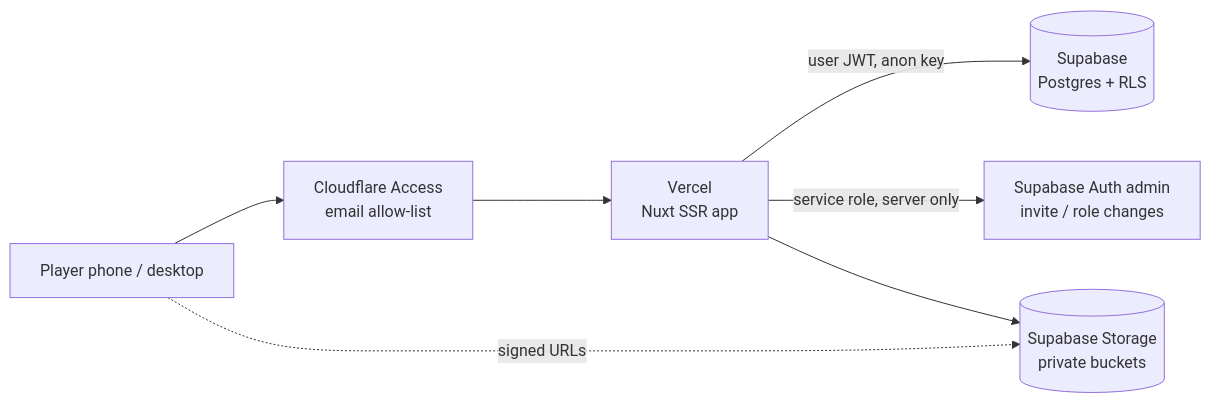
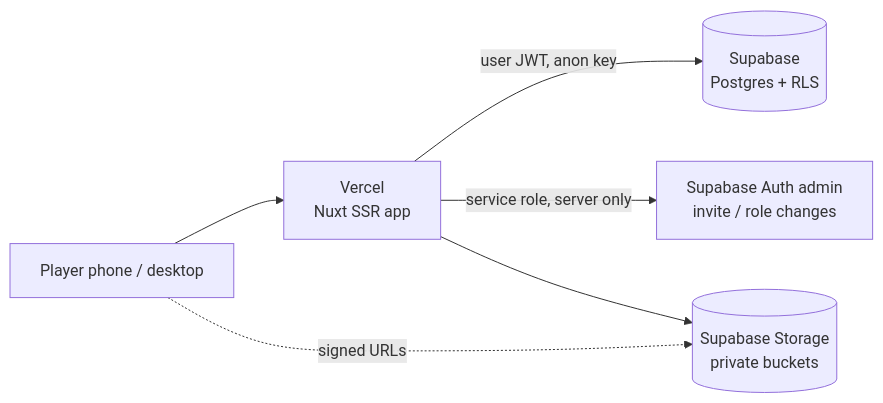
One commit to caspel26/rall-venezia-fc changed the diagram in docs/ARCHITECTURE.md. Above: the diagram before and after it, drawn with Mermaid. The commit also changed other lines of this file and 18 other files, not shown here.

Commit message:
feat: Stage 1 bootstrap (Nuxt 4, tokens, fonts, Playwright smoke); drop Cloudflare from plan

````diff
--- a/docs/ARCHITECTURE.md
+++ b/docs/ARCHITECTURE.md
@@ -5,9 +5,8 @@
 ```mermaid
 flowchart LR
-  U[Player phone / desktop] --> CF[Cloudflare Access<br/>email allow-list]
-  CF --> V[Vercel<br/>Nuxt SSR app]
+  U[Player phone / desktop] --> V[Vercel<br/>Nuxt SSR app]
   V -->|user JWT, anon key| SB[(Supabase<br/>Postgres + RLS)]
   V -->|service role, server only| SBA[Supabase Auth admin<br/>invite / role changes]
   V --> ST[(Supabase Storage<br/>private buckets)]
   U -.signed URLs.-> ST
 ```
````
